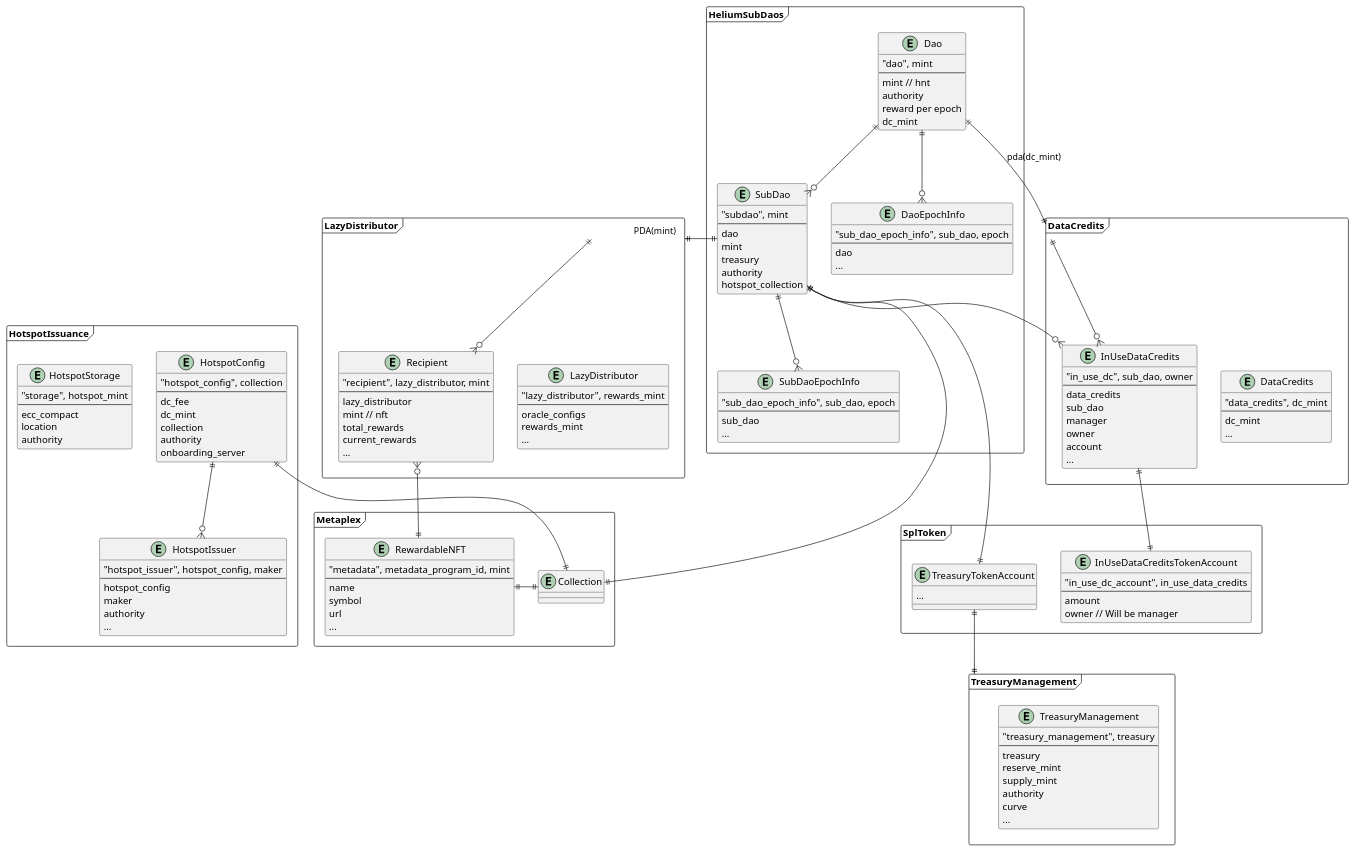
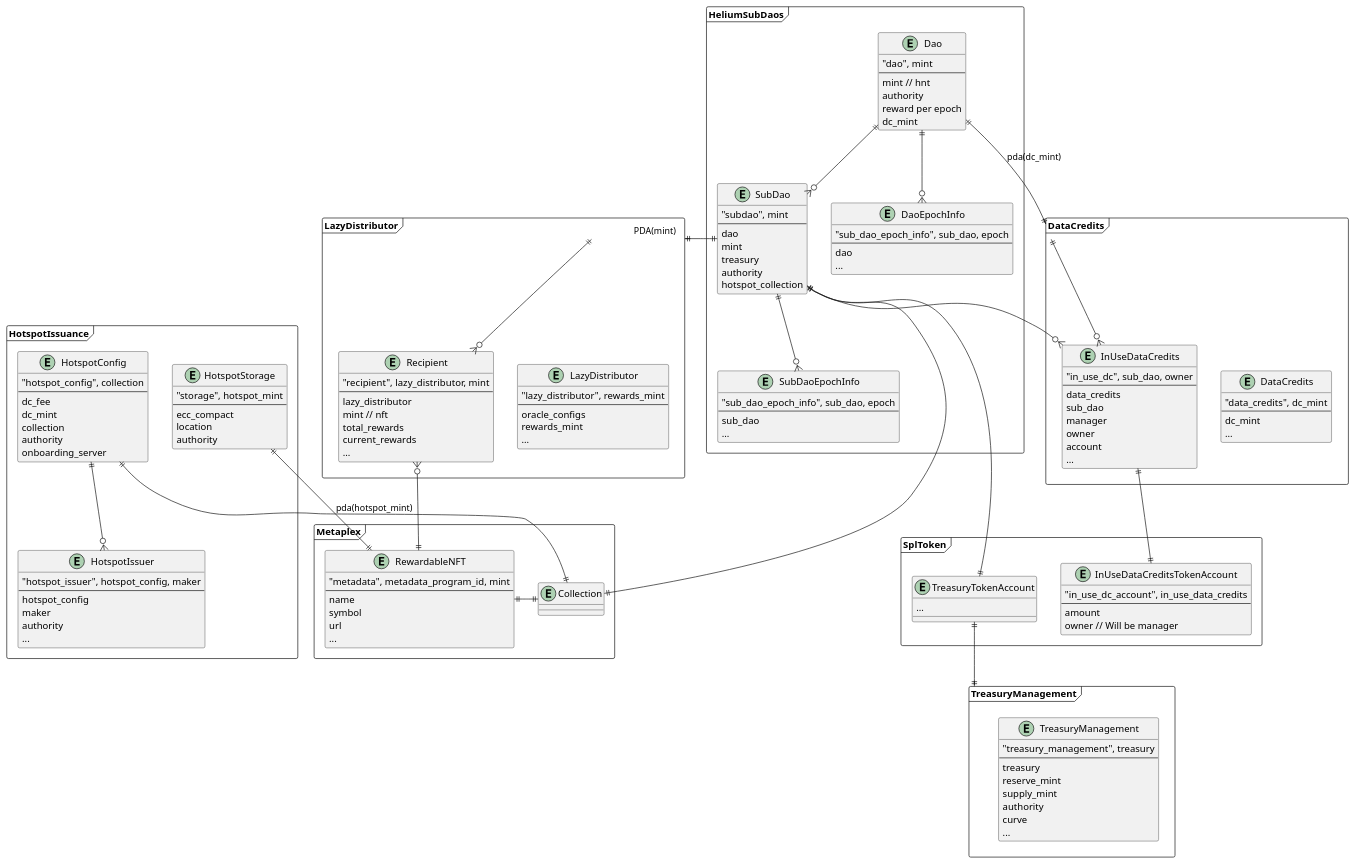
Before and after one commit to helium/helium-program-library: the diagram in diagrams/erd.puml, drawn with PlantUML. The commit also changed 5 other files, not shown here.

```diff
--- a/diagrams/erd.puml
+++ b/diagrams/erd.puml
@@ -1,176 +1,178 @@
 @startuml
 
 frame HeliumSubDaos {
   entity Dao {
     "dao", mint
     --
     mint // hnt
     authority
     reward per epoch
     dc_mint
   }
 
   entity SubDao {
     "subdao", mint
     --
     dao
     mint
     treasury
     authority
     hotspot_collection
   }
 
   entity DaoEpochInfo {
     "sub_dao_epoch_info", sub_dao, epoch
     --
     dao
     ...
   }
 
   entity SubDaoEpochInfo {
     "sub_dao_epoch_info", sub_dao, epoch
     --
     sub_dao
     ...
   }
 }
 
 frame DataCredits {
   entity DataCredits {
     "data_credits", dc_mint
     --
     dc_mint
     ...
   }
 
   entity InUseDataCredits {
     "in_use_dc", sub_dao, owner
     --
     data_credits
     sub_dao
     manager
     owner
     account
     ...
   }
 }
 
 frame SplToken {
   entity InUseDataCreditsTokenAccount {
     "in_use_dc_account", in_use_data_credits
     --
     amount
     owner // Will be manager
   }
 
   entity TreasuryTokenAccount {
     ...
   }
 }
 
 frame HotspotIssuance {
   entity HotspotConfig {
     "hotspot_config", collection
     --
     dc_fee
     dc_mint
     collection
     authority
     onboarding_server
   }
 
   entity HotspotIssuer {
     "hotspot_issuer", hotspot_config, maker
     --
     hotspot_config
     maker
     authority
     ...
   }
 
   entity HotspotStorage {
     "storage", hotspot_mint
     --
     ecc_compact
     location
     authority
   }
 }
 
 frame LazyDistributor {
   entity LazyDistributor {
     "lazy_distributor", rewards_mint
     --
     oracle_configs
     rewards_mint
     ...
   }
 
   entity Recipient {
     "recipient", lazy_distributor, mint
     ---
     lazy_distributor
     mint // nft
     total_rewards
     current_rewards
     ...
   }
 }
 
 frame Metaplex {
   entity Collection
   entity RewardableNFT {
     "metadata", metadata_program_id, mint
     --
     name
     symbol
     url
     ...
   }
 }
 
 
 frame TreasuryManagement {
   entity TreasuryManagement {
     "treasury_management", treasury
     --
     treasury
     reserve_mint
     supply_mint
     authority
     curve
     ...
   }
 }
 
 
 DataCredits  ||--o{ InUseDataCredits
 InUseDataCredits ||--|| InUseDataCreditsTokenAccount
 
 SubDao ||--o{ InUseDataCredits
 
 SubDao ||--|| TreasuryTokenAccount
 TreasuryTokenAccount ||--|| TreasuryManagement
 
 Dao ||--|| DataCredits : pda(dc_mint)
 
 
 SubDao ||-|| LazyDistributor : PDA(mint)
 
 SubDao ||-|| Collection
 
 
 Dao ||--o{ SubDao
 Dao ||--o{ DaoEpochInfo 
 SubDao ||--o{ SubDaoEpochInfo
 
 HotspotConfig ||--o{ HotspotIssuer
 HotspotConfig ||--|| Collection
 
 LazyDistributor ||--o{ Recipient
 
 Recipient }o--|| RewardableNFT
 
 RewardableNFT ||-|| Collection
 
+HotspotStorage ||-|| RewardableNFT : pda(hotspot_mint)
+
 @enduml
```
